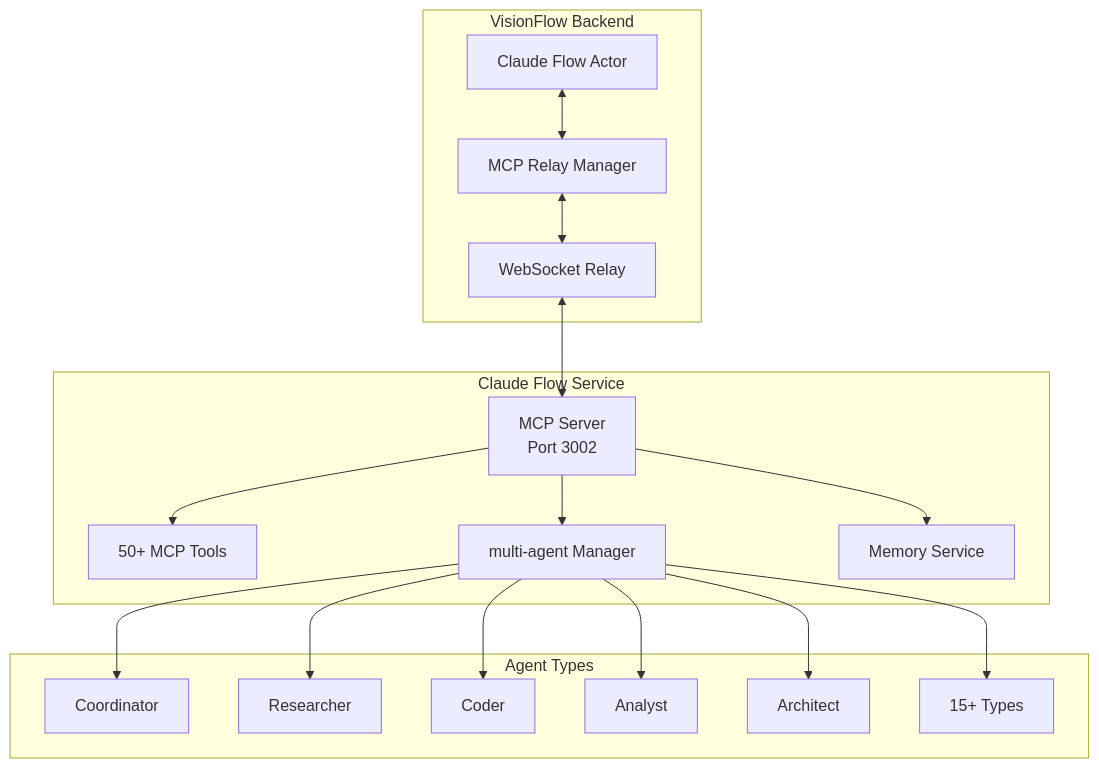
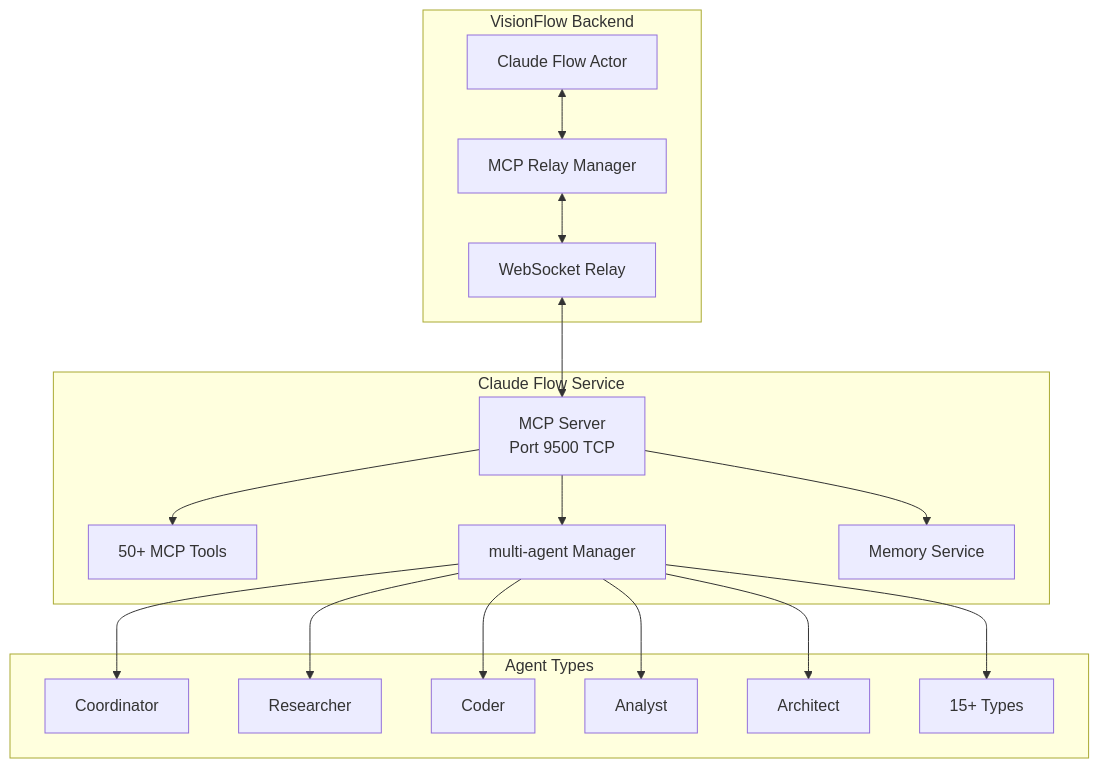
The seventh of 9 diagrams in docs/architecture/system-overview.md (DreamLab-AI/VisionFlow), drawn with Mermaid before and after one commit. The commit also changed other lines of this file and 66 other files, not shown here.

````diff
--- a/docs/architecture/system-overview.md
+++ b/docs/architecture/system-overview.md
@@ -437,39 +437,39 @@
 ```mermaid
 graph TB
     subgraph "VisionFlow Backend"
         CFActor[Claude Flow Actor]
         MCPRelay[MCP Relay Manager]
         WSRelay[WebSocket Relay]
     end
 
     subgraph "Claude Flow Service"
-        MCPServer[MCP Server<br/>Port 3002]
+        MCPServer[MCP Server<br/>Port 9500 TCP]
         Tools[50+ MCP Tools]
         multi-agent[multi-agent Manager]
         Memory[Memory Service]
     end
 
     subgraph "Agent Types"
         Coord[Coordinator]
         Research[Researcher]
         Coder[Coder]
         Analyst[Analyst]
         Architect[Architect]
         Others[15+ Types]
     end
 
     CFActor <--> MCPRelay
     MCPRelay <--> WSRelay
     WSRelay <--> MCPServer
 
     MCPServer --> Tools
     MCPServer --> multi-agent
     MCPServer --> Memory
 
     multi-agent --> Coord
     multi-agent --> Research
     multi-agent --> Coder
     multi-agent --> Analyst
     multi-agent --> Architect
     multi-agent --> Others
 ```
````
